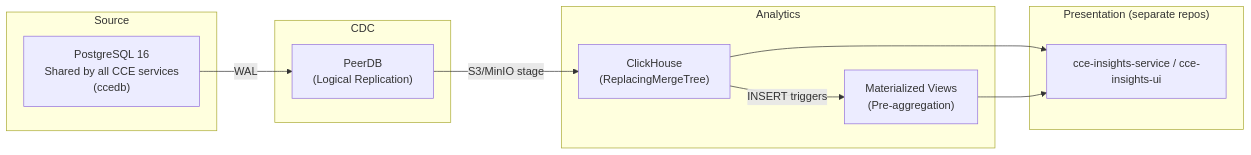
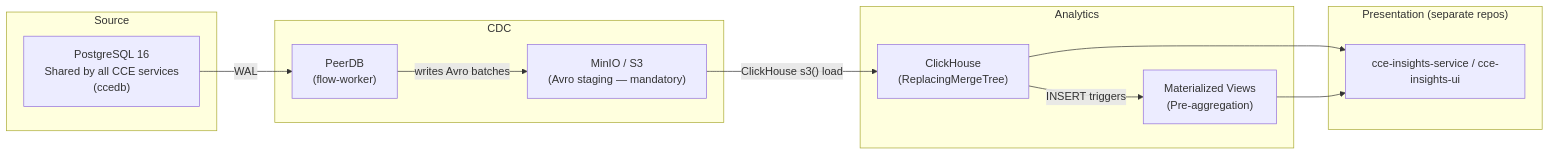
One commit to Jayaprakash8887/cce-data-pipeline changed the first of 2 diagrams in docs/data-flow.md. Above: the diagram before and after it, drawn with Mermaid. The commit also changed other lines of this file and 1 other file, not shown here.

Commit message:
peerDB missing components update

````diff
--- a/docs/data-flow.md
+++ b/docs/data-flow.md
@@ -7,25 +7,27 @@
 ```mermaid
 flowchart LR
     subgraph Source
         PG["PostgreSQL 16<br/>Shared by all CCE services<br/>(ccedb)"]
     end
 
     subgraph CDC
-        PEER["PeerDB<br/>(Logical Replication)"]
+        PEER["PeerDB<br/>(flow-worker)"]
+        MINIO["MinIO / S3<br/>(Avro staging — mandatory)"]
     end
 
     subgraph Analytics
         CH["ClickHouse<br/>(ReplacingMergeTree)"]
         MV["Materialized Views<br/>(Pre-aggregation)"]
     end
 
     subgraph Presentation["Presentation (separate repos)"]
         SVC["cce-insights-service / cce-insights-ui"]
     end
 
     PG -->|WAL| PEER
-    PEER -->|S3/MinIO stage| CH
+    PEER -->|"writes Avro batches"| MINIO
+    MINIO -->|"ClickHouse s3() load"| CH
     CH -->|INSERT triggers| MV
     CH --> SVC
     MV --> SVC
 ```
````
